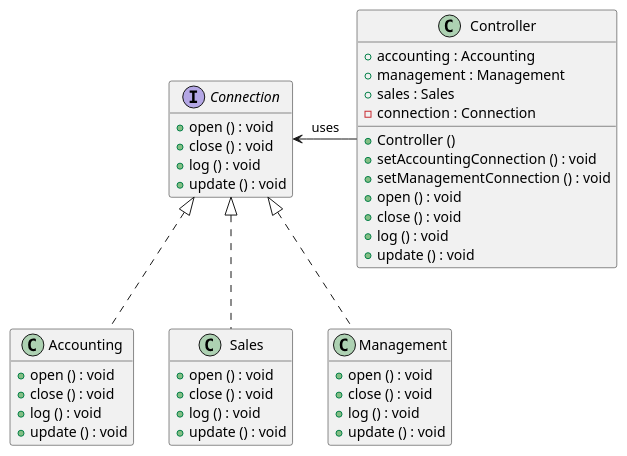
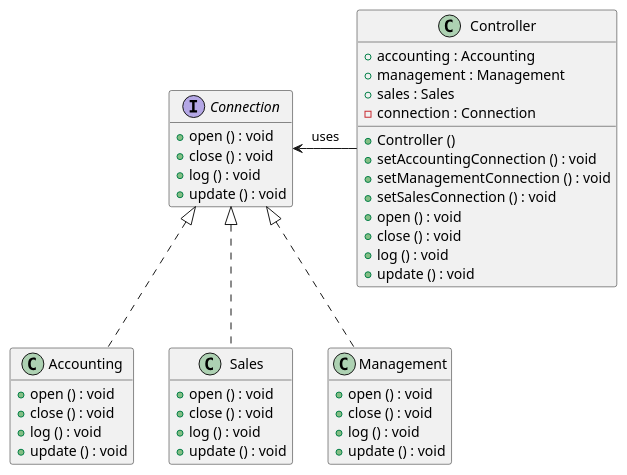
The diagram in 4.Behavioral Design Patterns/8.State/src/main/java/com/javatpoint/diagram/StateClassDiagram.puml (drronidz/design-patterns-java-maven), drawn with PlantUML before and after one commit.

Commit message:
updating javatpoint (Example) StateClassDiagram ...

```diff
--- a/4.Behavioral Design Patterns/8.State/src/main/java/com/javatpoint/diagram/StateClassDiagram.puml
+++ b/4.Behavioral Design Patterns/8.State/src/main/java/com/javatpoint/diagram/StateClassDiagram.puml
@@ -1,63 +1,64 @@
 @startuml
 'https://plantuml.com/class-diagram
 
 ' We can call it also State
 interface Connection {
     + open () : void
     + close () : void
     + log () : void
     + update () : void
 }
 hide Connection members
 show Connection methods
 
 class Accounting implements Connection{
     + open () : void
     + close () : void
     + log () : void
     + update () : void
 }
 hide Accounting members
 show Accounting methods
 
 class Sales implements Connection{
     + open () : void
     + close () : void
     + log () : void
     + update () : void
 }
 hide Sales members
 show Sales methods
 
 
 class Management implements Connection{
     + open () : void
     + close () : void
     + log () : void
     + update () : void
 }
 hide Management members
 show Management methods
 
 ' We can call it also Context
 class Controller {
     + accounting : Accounting
     + management : Management
     + sales : Sales
     - connection : Connection
     + Controller ()
     + setAccountingConnection () : void
     + setManagementConnection () : void
+    + setSalesConnection () : void
     + open () : void
     + close () : void
     + log () : void
     + update () : void
 }
 
 Controller -left-> Connection : uses
 
 
 
 
 
 @enduml
```
